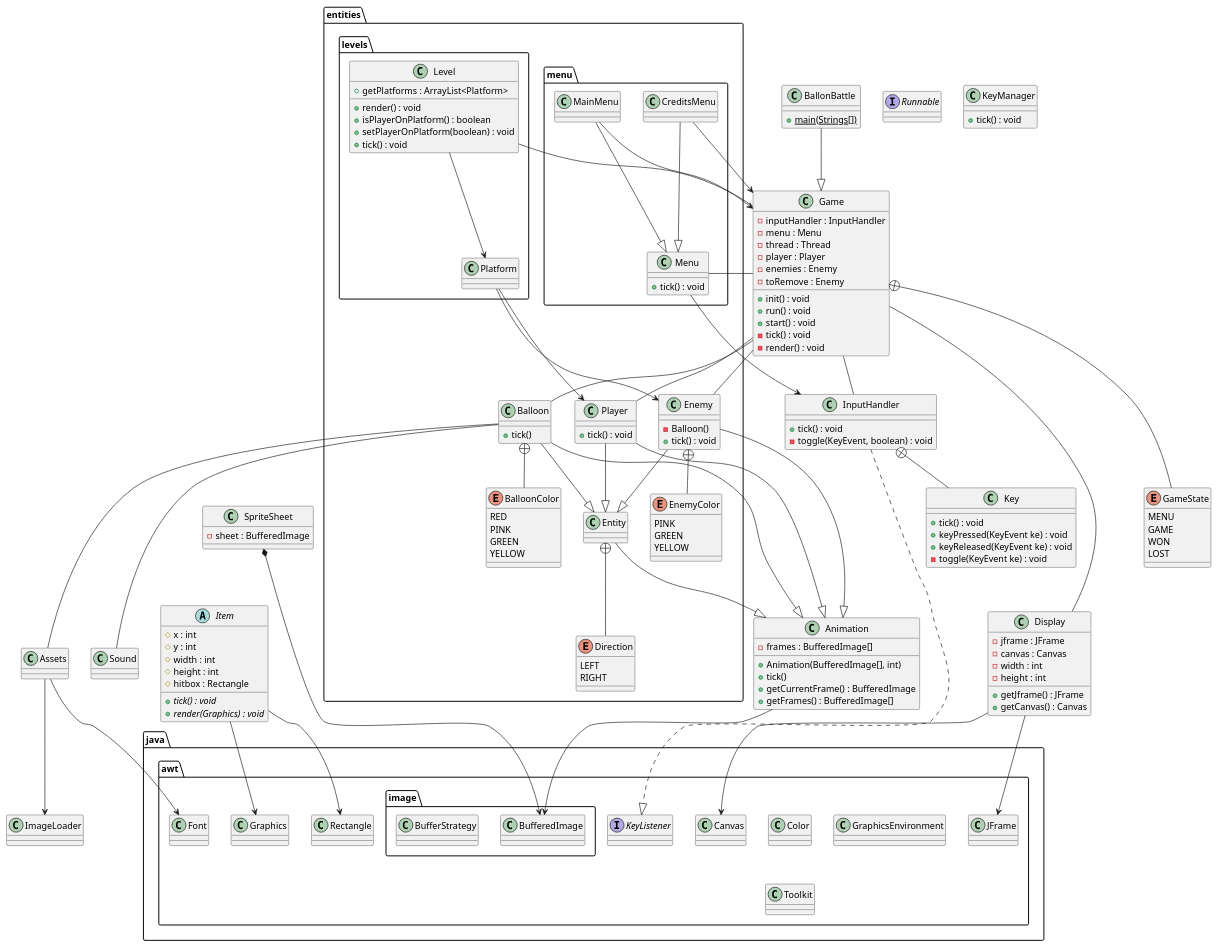
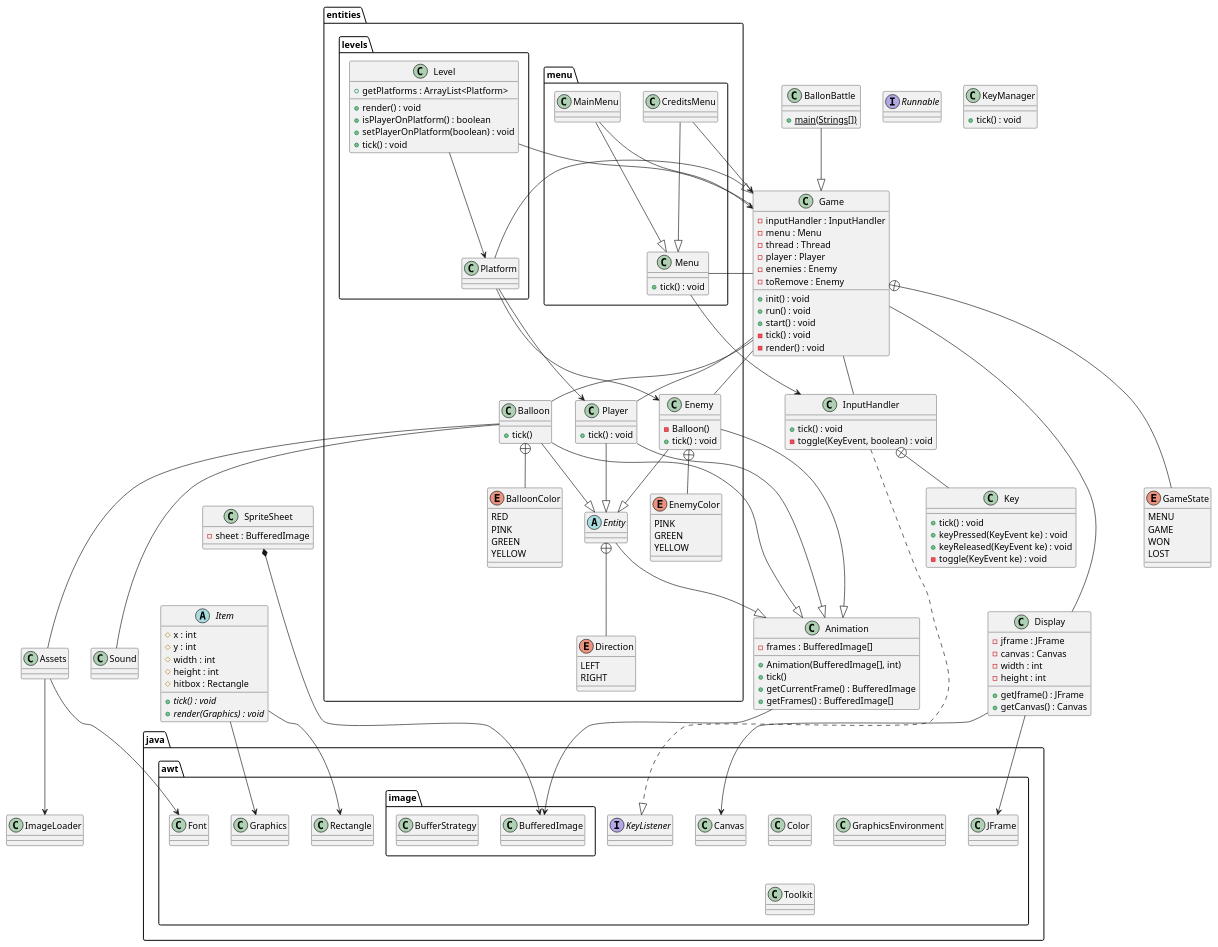
One commit to carl-stewart/balloon-battle changed the diagram in doc/1-UML.puml. Above: the diagram before and after it, drawn with PlantUML.

Commit message:
updated uml

```diff
--- a/doc/1-UML.puml
+++ b/doc/1-UML.puml
@@ -65,7 +65,7 @@
 }
 
 
-abstract class Item {
+abstract Item {
 	# x : int
 	# y : int
 	# width : int
@@ -116,7 +116,7 @@
         YELLOW
     }
 
-    class Entity {}
+    abstract Entity {}
 
 
 
@@ -206,11 +206,12 @@
 
 
 Game -- Level
+Game <|-- Platform
+
 Level --> Platform
 
 Platform --> Player
 Platform --> Enemy
-
 
 CreditsMenu --|> Menu
 CreditsMenu --> Game
```
